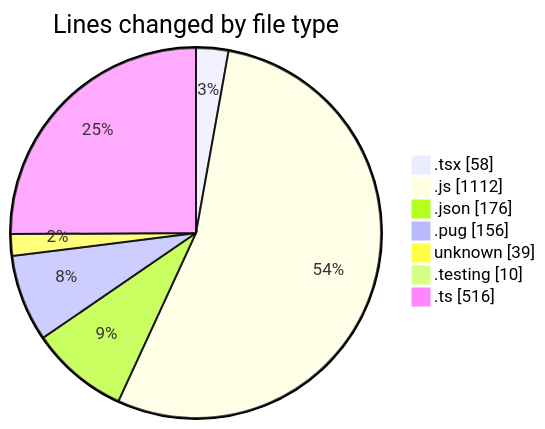
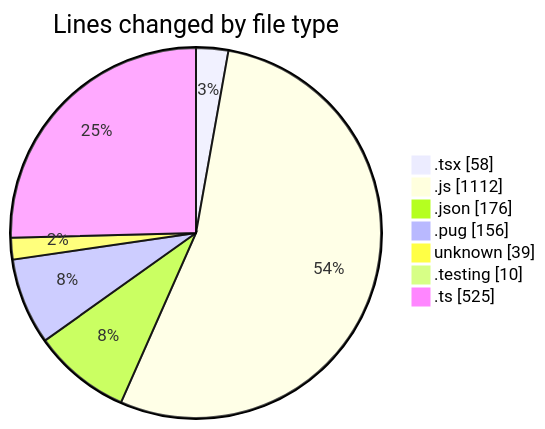
The first of 2 diagrams in 2025-03-07/cda/README.md (momahboobian/code-tracking), drawn with Mermaid before and after one commit. The commit also changed other lines of this file and 1 other file, not shown here.

````diff
--- a/2025-03-07/cda/README.md
+++ b/2025-03-07/cda/README.md
@@ -34,11 +34,11 @@
 ```mermaid
 pie showData
 title Lines changed by file type
 ".tsx" : 58
 ".js" : 1112
 ".json" : 176
 ".pug" : 156
 "unknown" : 39
 ".testing" : 10
-".ts" : 516
+".ts" : 525
 ```
````
